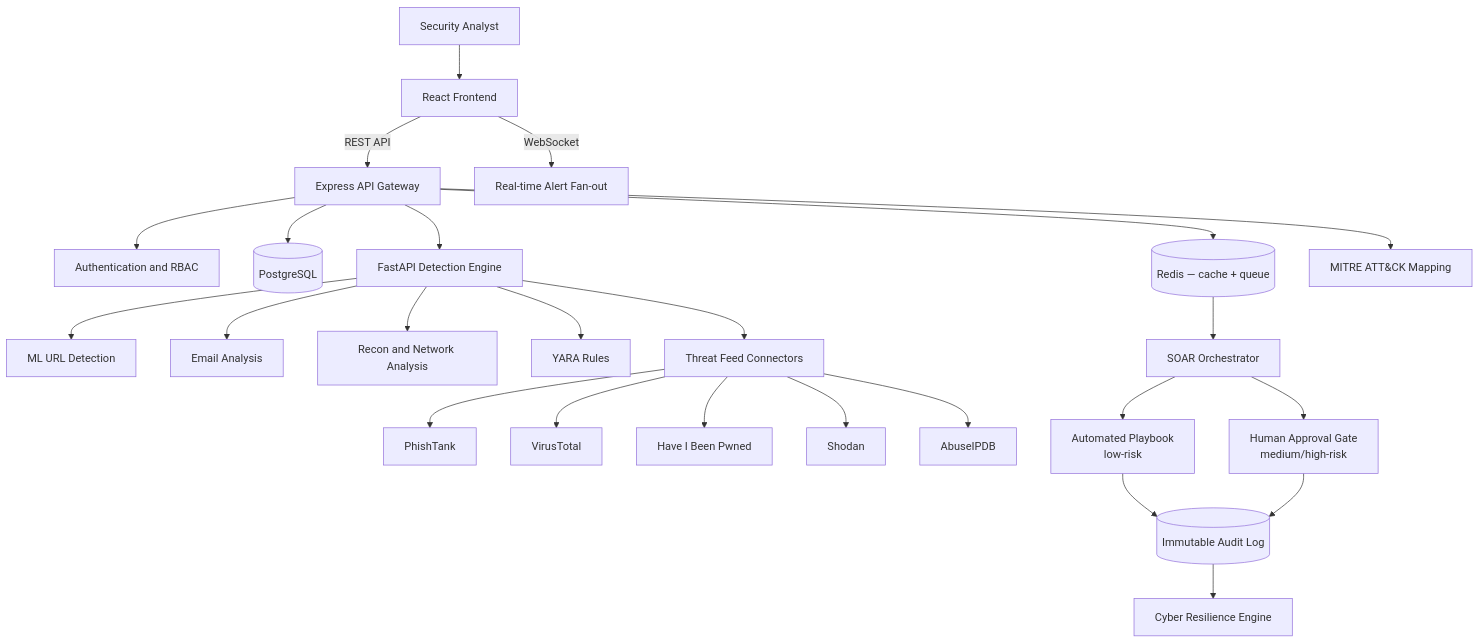
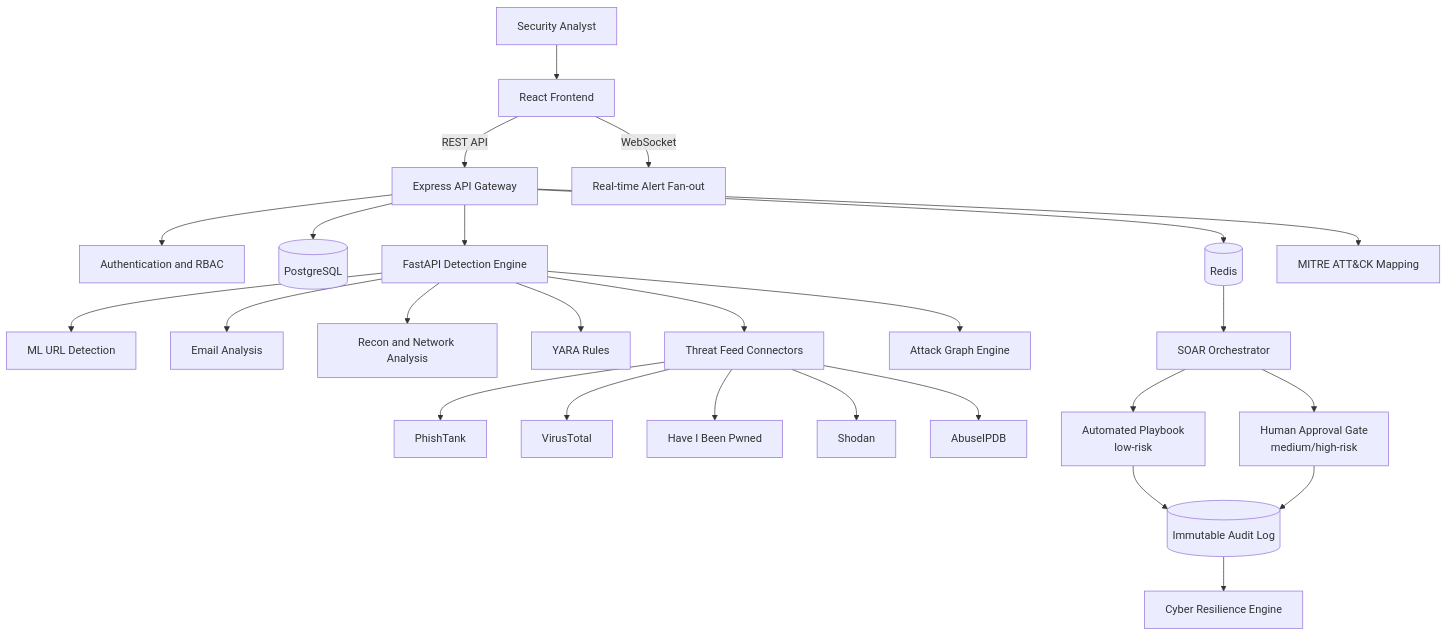
The diagram in README.md (agcodes0315/cybershield-project), drawn with Mermaid before and after one commit. The commit also changed other lines of this file and 2 other files, not shown here.

Commit message:
Document attack graph algorithms and benchmark results

````diff
--- a/README.md
+++ b/README.md
@@ -100,33 +105,34 @@
 ```mermaid
 flowchart TD
     U[Security Analyst] --> F[React Frontend]
 
     F -->|REST API| G[Express API Gateway]
     F -->|WebSocket| W[Real-time Alert Fan-out]
 
     G --> AUTH[Authentication and RBAC]
     G --> P[(PostgreSQL)]
-    G --> R[(Redis — cache + queue)]
+    G --> R[(Redis)]
     G --> D[FastAPI Detection Engine]
 
     D --> ML[ML URL Detection]
     D --> E[Email Analysis]
     D --> N[Recon and Network Analysis]
     D --> Y[YARA Rules]
     D --> T[Threat Feed Connectors]
+    D --> AG[Attack Graph Engine]
 
     T --> PT[PhishTank]
     T --> VT[VirusTotal]
     T --> H[Have I Been Pwned]
     T --> S[Shodan]
     T --> AB[AbuseIPDB]
 
     R --> ORCH[SOAR Orchestrator]
     ORCH --> PB[Automated Playbook<br/>low-risk]
     ORCH --> APP[Human Approval Gate<br/>medium/high-risk]
     PB --> AUDIT[(Immutable Audit Log)]
     APP --> AUDIT
     AUDIT --> CR[Cyber Resilience Engine]
 
     G --> M[MITRE ATT&CK Mapping]
 ```
````
